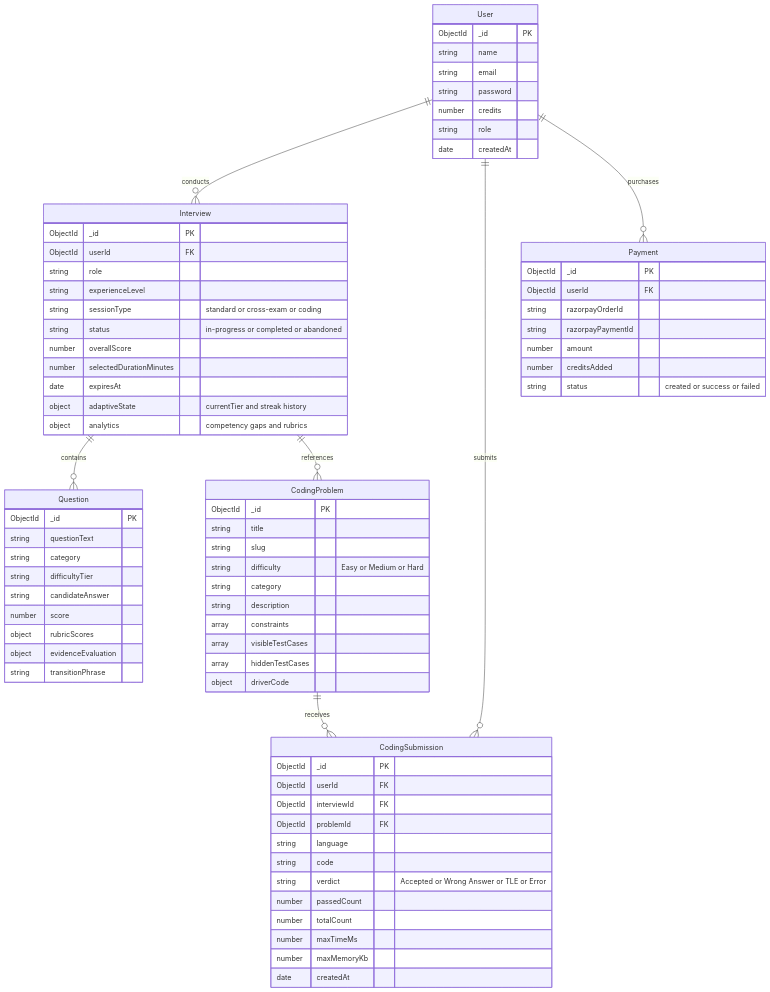
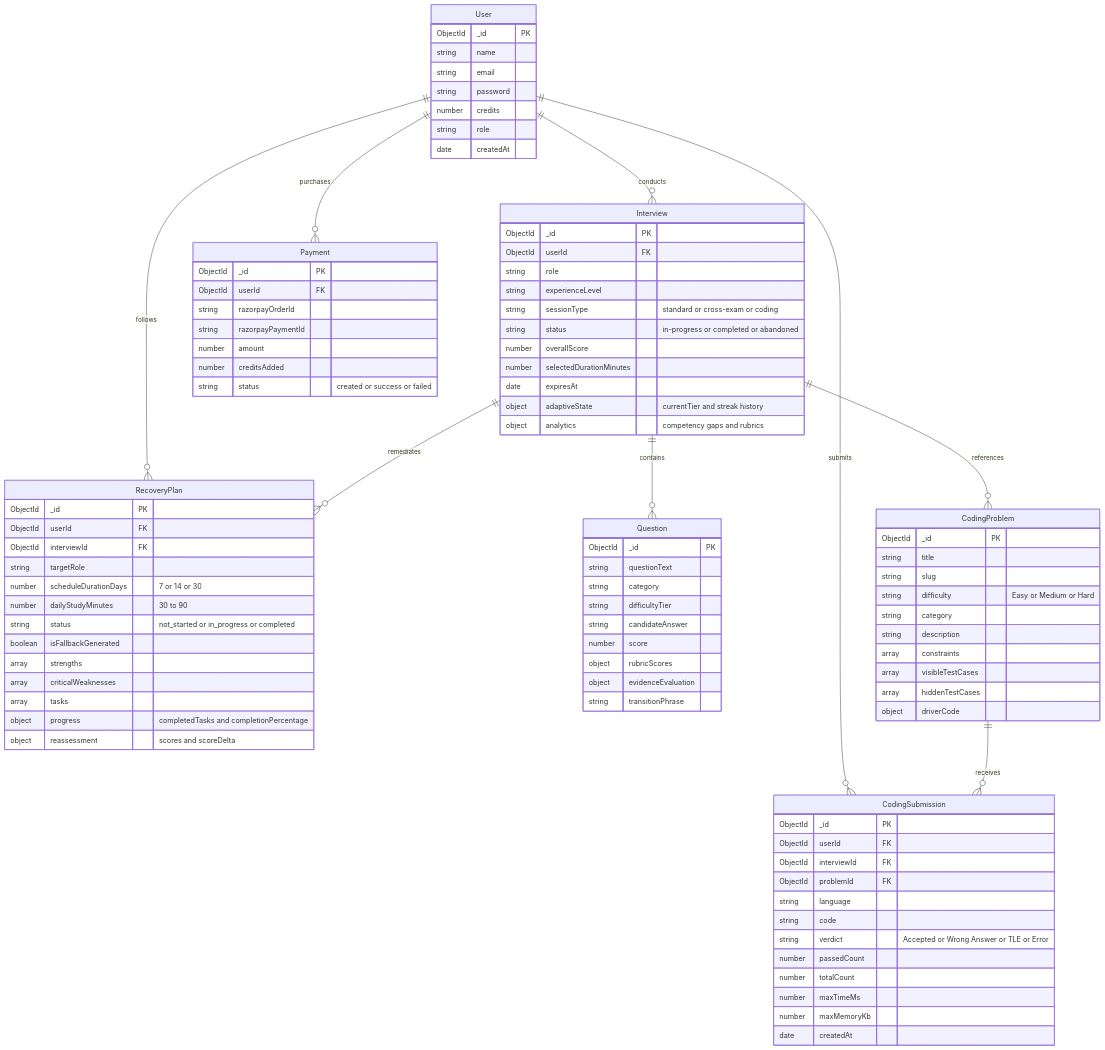
The sixth of 6 diagrams in README.md (KRISHNA-0425/Prepper), drawn with Mermaid before and after one commit. The commit also changed other lines of this file, not shown here.

Commit message:
docs(readme): update system overview, architecture flowchart, ER diagram, and API reference for Module 5

````diff
--- a/README.md
+++ b/README.md
@@ -387,8 +441,10 @@
     User ||--o{ Interview : conducts
     User ||--o{ CodingSubmission : submits
     User ||--o{ Payment : purchases
+    User ||--o{ RecoveryPlan : follows
     Interview ||--o{ Question : contains
     Interview ||--o{ CodingProblem : references
+    Interview ||--o{ RecoveryPlan : remediates
     CodingProblem ||--o{ CodingSubmission : receives
 
     User {
@@ -464,4 +520,20 @@
         number creditsAdded
         string status "created or success or failed"
     }
+
+    RecoveryPlan {
+        ObjectId _id PK
+        ObjectId userId FK
+        ObjectId interviewId FK
+        string targetRole
+        number scheduleDurationDays "7 or 14 or 30"
+        number dailyStudyMinutes "30 to 90"
+        string status "not_started or in_progress or completed"
+        boolean isFallbackGenerated
+        array strengths
+        array criticalWeaknesses
+        array tasks
+        object progress "completedTasks and completionPercentage"
+        object reassessment "scores and scoreDelta"
+    }
 ```
````
